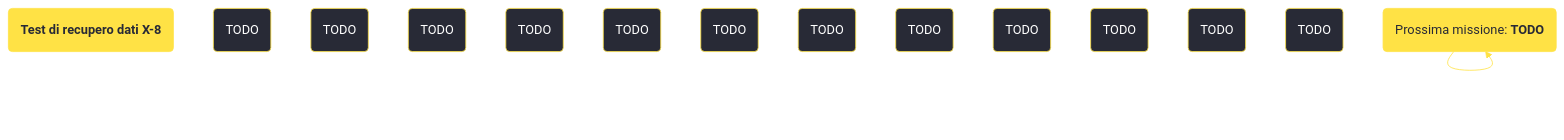
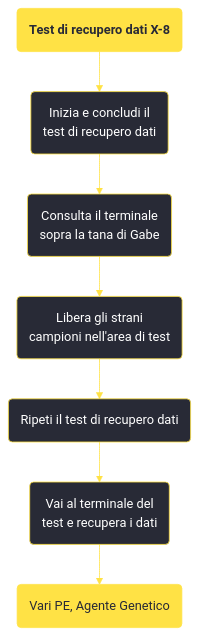
Before and after one commit to persy/wastelander: the diagram in content/voci/fallout new vegas/missioni/Test di recupero dati X-8.md, drawn with Mermaid. The commit also changed 174 other files, not shown here.

````diff
--- a/content/voci/fallout new vegas/missioni/Test di recupero dati X-8.md
+++ b/content/voci/fallout new vegas/missioni/Test di recupero dati X-8.md
@@ -32,24 +32,17 @@
 ```mermaid
 %%{init: {'theme': 'base', 'themeVariables': { 'primaryColor': '#282a36', 'primaryBorderColor': '#ffe245', 'primaryTextColor': '#fff', 'lineColor': '#ffe245', 'fontFamily': 'Jura'}}}%%
 graph TD;
     id1(<b>Test di recupero dati X-8</b>):::questfnv
-    id2(TODO)
-    id3(TODO)
-    id4(TODO)
-    id5(TODO)
-    id6(TODO)
-    id7(TODO) 
-    id8(TODO)
-    id9(TODO)
-    id10(TODO)
-    id11(TODO)
-    id12(TODO)
-    id13(TODO) 
-    id(TODO):::rewardfnv
-    id(Prossima missione: <b>TODO</b>):::questfnv
-    id-->id-->id-->id-->id-->id-->id
+    id2(Inizia e concludi il <br />test di recupero dati)
+    id3(Consulta il terminale <br />sopra la tana di Gabe)
+    id4(Libera gli strani <br />campioni nell'area di test)
+    id5(Ripeti il test di recupero dati)
+    id6(Vai al terminale del <br />test e recupera i dati)
+    id7(Vari PE, Agente Genetico):::rewardfnv
+
+    id1-->id2-->id3-->id4-->id5-->id6-->id7
     
-    click id "../TODO"
+    
     classDef rewardfnv fill:#ffe245, stroke:#ffe245, color:#282a36;
     classDef questfnv fill:#ffe245, stroke:#ffe245, color:#282a36;
 ```
````
